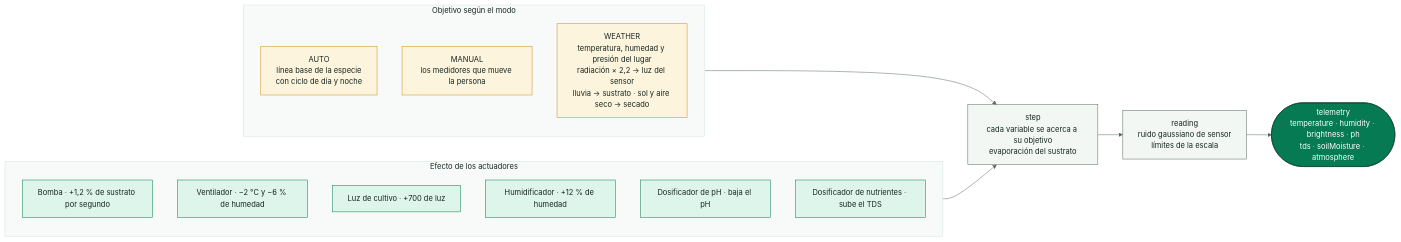
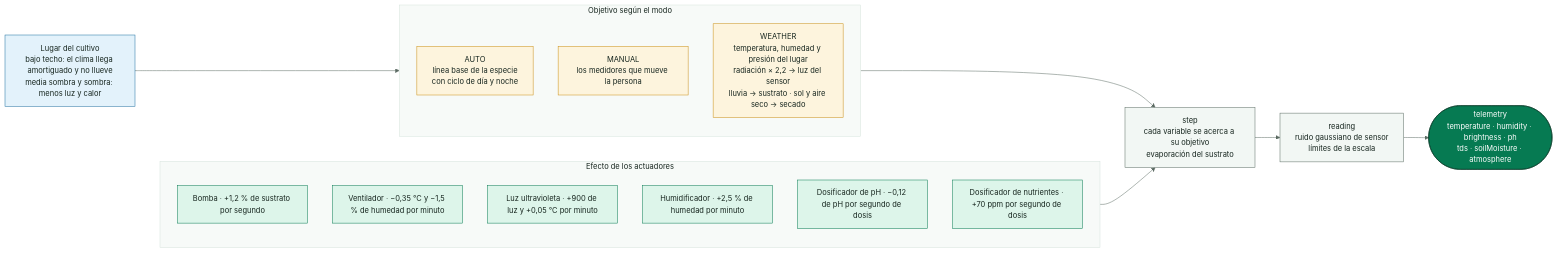
One commit to SmartPotTech/SmartPot-DataGenerator changed the diagram in docs/diagrams/SmartPot_DataGenerator_02_Environment_Model.mmd. Above: the diagram before and after it, drawn with Mermaid.

Commit message:
Show actuator effects and the crop place in the environment model
Per-minute effects of each actuator, doses per second and how the place filters the weather.

```diff
--- a/docs/diagrams/SmartPot_DataGenerator_02_Environment_Model.mmd
+++ b/docs/diagrams/SmartPot_DataGenerator_02_Environment_Model.mmd
@@ -1,34 +1,37 @@
 %%{init: {"theme": "base", "fontFamily": "Segoe UI, Arial, sans-serif", "themeVariables": {"fontFamily": "Segoe UI, Arial, sans-serif", "fontSize": "15px", "primaryColor": "#DDF5EA", "primaryTextColor": "#17261F", "primaryBorderColor": "#067A52", "secondaryColor": "#E3F2FB", "secondaryTextColor": "#17261F", "secondaryBorderColor": "#1F6FA0", "tertiaryColor": "#F2F7F4", "tertiaryTextColor": "#17261F", "tertiaryBorderColor": "#D5E3DC", "lineColor": "#5B6B63", "textColor": "#17261F", "mainBkg": "#DDF5EA", "nodeBorder": "#067A52", "clusterBkg": "#F7FAF8", "clusterBorder": "#D5E3DC", "edgeLabelBackground": "#FFFFFF", "actorBkg": "#067A52", "actorBorder": "#0B3D2B", "actorTextColor": "#FFFFFF", "actorLineColor": "#5B6B63", "signalColor": "#17261F", "signalTextColor": "#17261F", "labelBoxBkgColor": "#0B3D2B", "labelBoxBorderColor": "#0B3D2B", "labelTextColor": "#FFFFFF", "loopTextColor": "#0B3D2B", "noteBkgColor": "#FDF4DD", "noteBorderColor": "#C98D12", "noteTextColor": "#17261F", "activationBkgColor": "#DDF5EA", "activationBorderColor": "#067A52", "attributeBackgroundColorOdd": "#FFFFFF", "attributeBackgroundColorEven": "#F2F7F4"}}}%%
 flowchart LR
   subgraph objetivo["Objetivo según el modo"]
     direction TB
     auto["AUTO<br/>línea base de la especie<br/>con ciclo de día y noche"]
     manual["MANUAL<br/>los medidores que mueve la persona"]
     weather["WEATHER<br/>temperatura, humedad y presión del lugar<br/>radiación × 2,2 → luz del sensor<br/>lluvia → sustrato · sol y aire seco → secado"]
   end
   subgraph actuadores["Efecto de los actuadores"]
     direction TB
     pump["Bomba · +1,2 % de sustrato por segundo"]
-    fan["Ventilador · −2 °C y −6 % de humedad"]
-    uv["Luz de cultivo · +700 de luz"]
-    hum["Humidificador · +12 % de humedad"]
-    ph["Dosificador de pH · baja el pH"]
-    nut["Dosificador de nutrientes · sube el TDS"]
+    fan["Ventilador · −0,35 °C y −1,5 % de humedad por minuto"]
+    uv["Luz ultravioleta · +900 de luz y +0,05 °C por minuto"]
+    hum["Humidificador · +2,5 % de humedad por minuto"]
+    ph["Dosificador de pH · −0,12 de pH por segundo de dosis"]
+    nut["Dosificador de nutrientes · +70 ppm por segundo de dosis"]
   end
+  place["Lugar del cultivo<br/>bajo techo: el clima llega amortiguado y no llueve<br/>media sombra y sombra: menos luz y calor"]
   relax["step<br/>cada variable se acerca a su objetivo<br/>evaporación del sustrato"]
   noise["reading<br/>ruido gaussiano de sensor<br/>límites de la escala"]
   out(["telemetry<br/>temperature · humidity · brightness · ph<br/>tds · soilMoisture · atmosphere"])
   objetivo --> relax
+  place --> objetivo
   actuadores --> relax
   relax --> noise --> out
   classDef leaf fill:#DDF5EA,stroke:#067A52,color:#17261F
   classDef water fill:#E3F2FB,stroke:#1F6FA0,color:#17261F
   classDef sun fill:#FDF4DD,stroke:#C98D12,color:#17261F
   classDef clay fill:#FBE9E1,stroke:#B85A38,color:#17261F
   classDef core fill:#067A52,stroke:#0B3D2B,color:#FFFFFF
   classDef deep fill:#0B3D2B,stroke:#06281C,color:#FFFFFF
   classDef muted fill:#F2F7F4,stroke:#5B6B63,color:#17261F
   class auto,manual,weather sun
   class pump,fan,uv,hum,ph,nut leaf
   class relax,noise muted
+  class place water
   class out core
```
